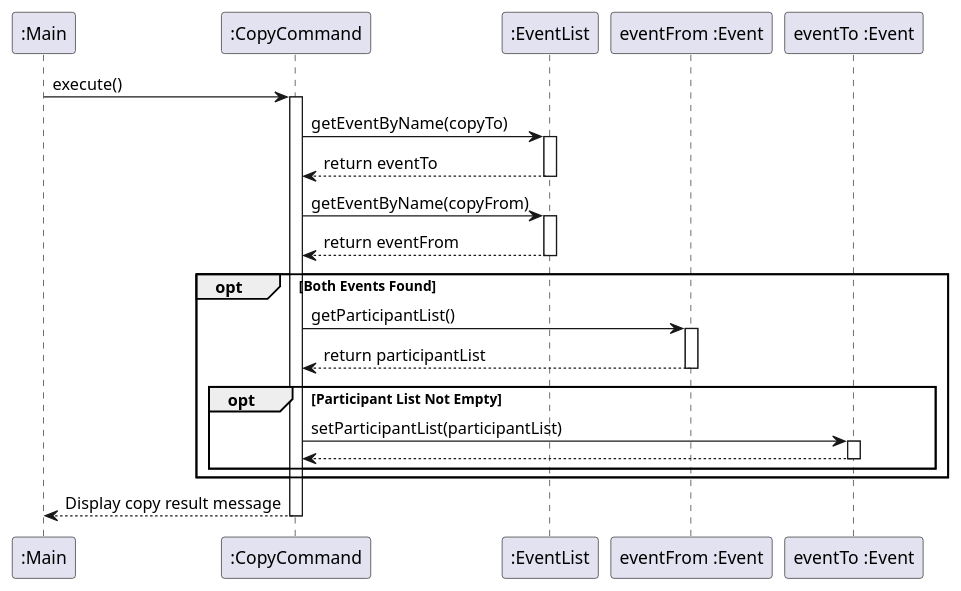
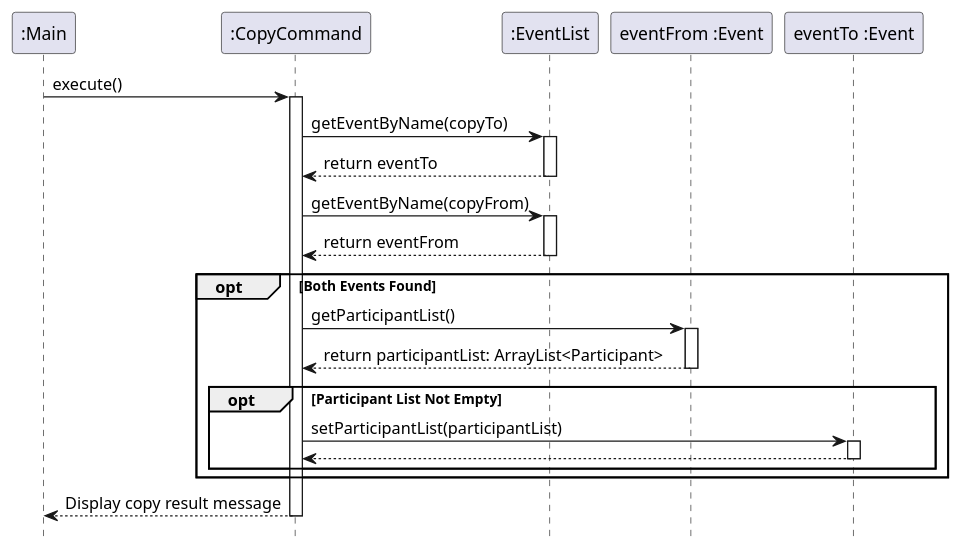
The diagram in docs/diagrams/CopyCommandSequenceDiagram.puml (nus-cs2113-AY2425S1/tp), drawn with PlantUML before and after one commit. The commit also changed 7 other files, not shown here.

Commit message:
Fix bugs on diagrams

```diff
--- a/docs/diagrams/CopyCommandSequenceDiagram.puml
+++ b/docs/diagrams/CopyCommandSequenceDiagram.puml
@@ -1,39 +1,40 @@
 @startuml
+hide footbox
 participant ":Main" as Main
 participant ":CopyCommand" as CC
 participant ":EventList" as EL
 participant "eventFrom :Event" as SourceEvent
 participant "eventTo :Event" as DestEvent
 
 Main -> CC: execute()
 activate CC
 
 CC -> EL: getEventByName(copyTo)
 activate EL
 EL --> CC: return eventTo
 deactivate EL
 
 CC -> EL: getEventByName(copyFrom)
 activate EL
 EL --> CC: return eventFrom
 deactivate EL
 
 opt Both Events Found
     CC -> SourceEvent: getParticipantList()
     activate SourceEvent
-    SourceEvent --> CC: return participantList
+    SourceEvent --> CC: return participantList: ArrayList<Participant>
     deactivate SourceEvent
 
     opt Participant List Not Empty
         CC -> DestEvent: setParticipantList(participantList)
         activate DestEvent
         DestEvent --> CC
         deactivate DestEvent
     end opt
 
 end opt
 
 CC --> Main: Display copy result message
 deactivate CC
 
 @enduml
```
